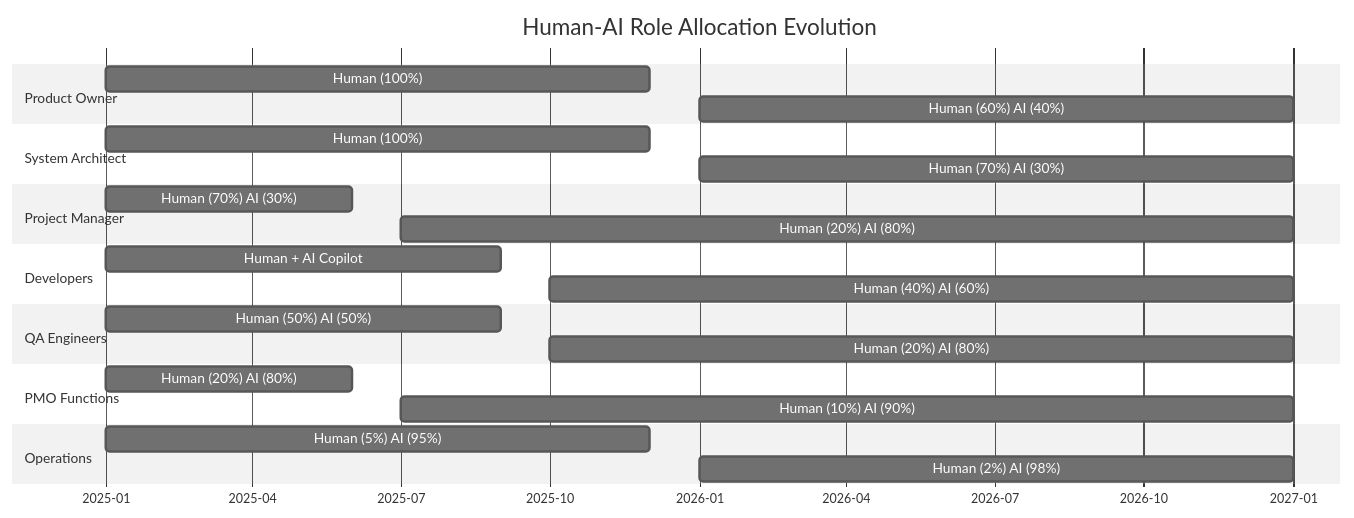
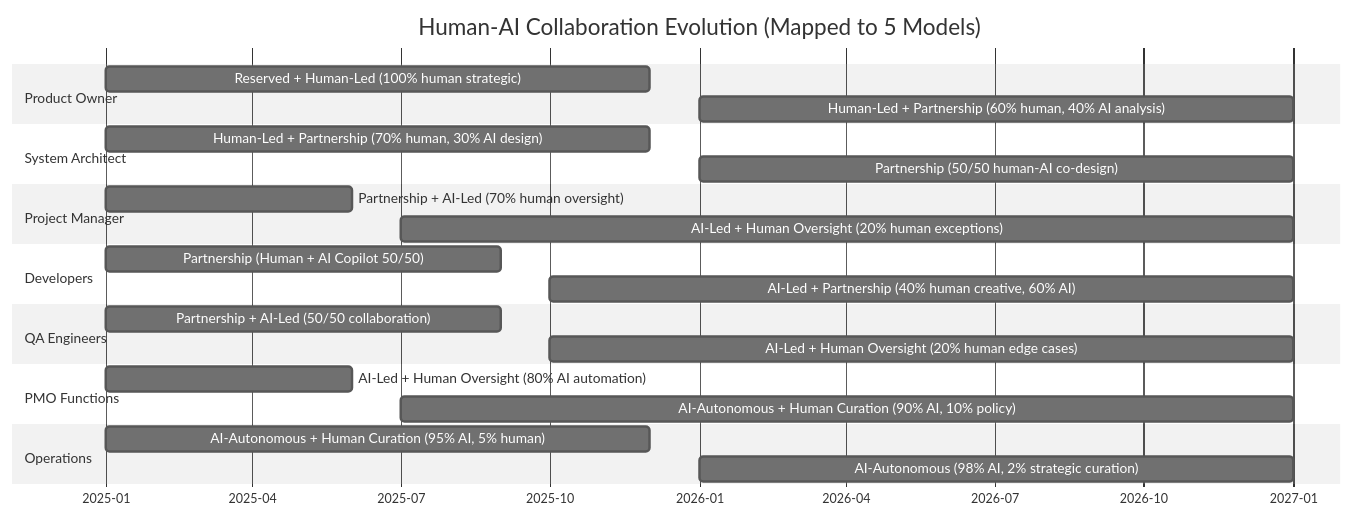
The diagram in DIAGRAMS/human-ai-evolution.mmd (gusafr/midora-solid-ai), drawn with Mermaid (neutral theme) before and after one commit. The commit also changed other lines of this file and 119 other files, not shown here.

````diff
--- a/DIAGRAMS/human-ai-evolution.mmd
+++ b/DIAGRAMS/human-ai-evolution.mmd
@@ -1,34 +1,34 @@
 ```mermaid
 gantt
-    title Human-AI Role Allocation Evolution
+    title Human-AI Collaboration Evolution (Mapped to 5 Models)
     dateFormat YYYY-MM
     axisFormat %Y-%m
 
     section Product Owner
-    Human (100%)           :2025-01, 2025-12
-    Human (60%) AI (40%)   :2026-01, 2027-01
+    Reserved + Human-Led (100% human strategic)           :2025-01, 2025-12
+    Human-Led + Partnership (60% human, 40% AI analysis)  :2026-01, 2027-01
 
     section System Architect
-    Human (100%)           :2025-01, 2025-12
-    Human (70%) AI (30%)   :2026-01, 2027-01
+    Human-Led + Partnership (70% human, 30% AI design)    :2025-01, 2025-12
+    Partnership (50/50 human-AI co-design)                :2026-01, 2027-01
 
     section Project Manager
-    Human (70%) AI (30%)   :2025-01, 2025-06
-    Human (20%) AI (80%)   :2025-07, 2027-01
+    Partnership + AI-Led (70% human oversight)            :2025-01, 2025-06
+    AI-Led + Human Oversight (20% human exceptions)       :2025-07, 2027-01
 
     section Developers
-    Human + AI Copilot     :2025-01, 2025-09
-    Human (40%) AI (60%)   :2025-10, 2027-01
+    Partnership (Human + AI Copilot 50/50)                :2025-01, 2025-09
+    AI-Led + Partnership (40% human creative, 60% AI)     :2025-10, 2027-01
 
     section QA Engineers
-    Human (50%) AI (50%)   :2025-01, 2025-09
-    Human (20%) AI (80%)   :2025-10, 2027-01
+    Partnership + AI-Led (50/50 collaboration)            :2025-01, 2025-09
+    AI-Led + Human Oversight (20% human edge cases)       :2025-10, 2027-01
 
     section PMO Functions
-    Human (20%) AI (80%)   :2025-01, 2025-06
-    Human (10%) AI (90%)   :2025-07, 2027-01
+    AI-Led + Human Oversight (80% AI automation)          :2025-01, 2025-06
+    AI-Autonomous + Human Curation (90% AI, 10% policy)   :2025-07, 2027-01
 
     section Operations
-    Human (5%) AI (95%)    :2025-01, 2025-12
-    Human (2%) AI (98%)    :2026-01, 2027-01
+    AI-Autonomous + Human Curation (95% AI, 5% human)     :2025-01, 2025-12
+    AI-Autonomous (98% AI, 2% strategic curation)         :2026-01, 2027-01
 ```
````
